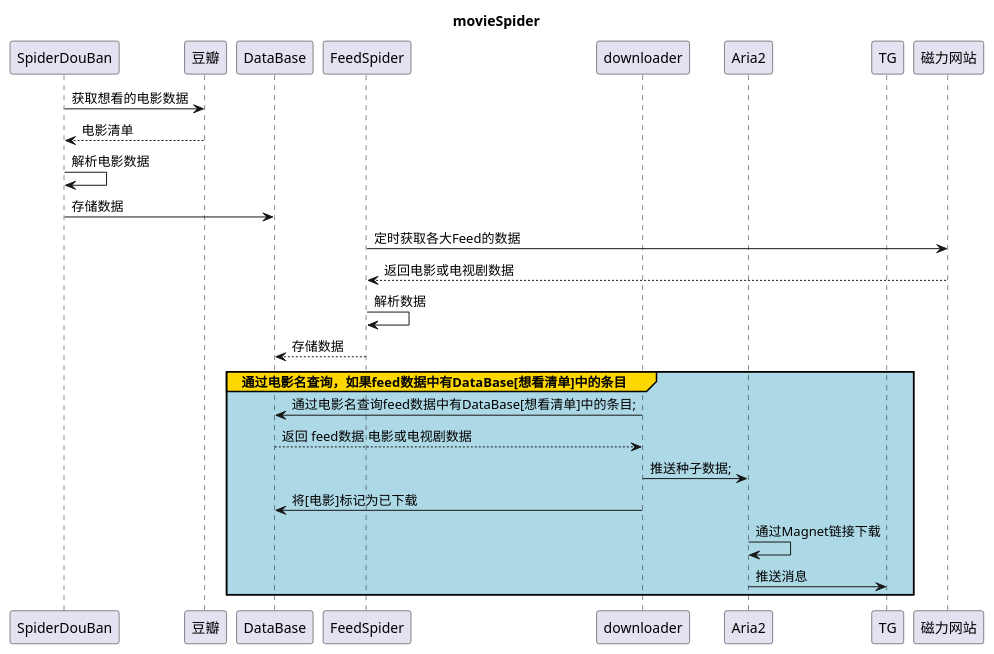
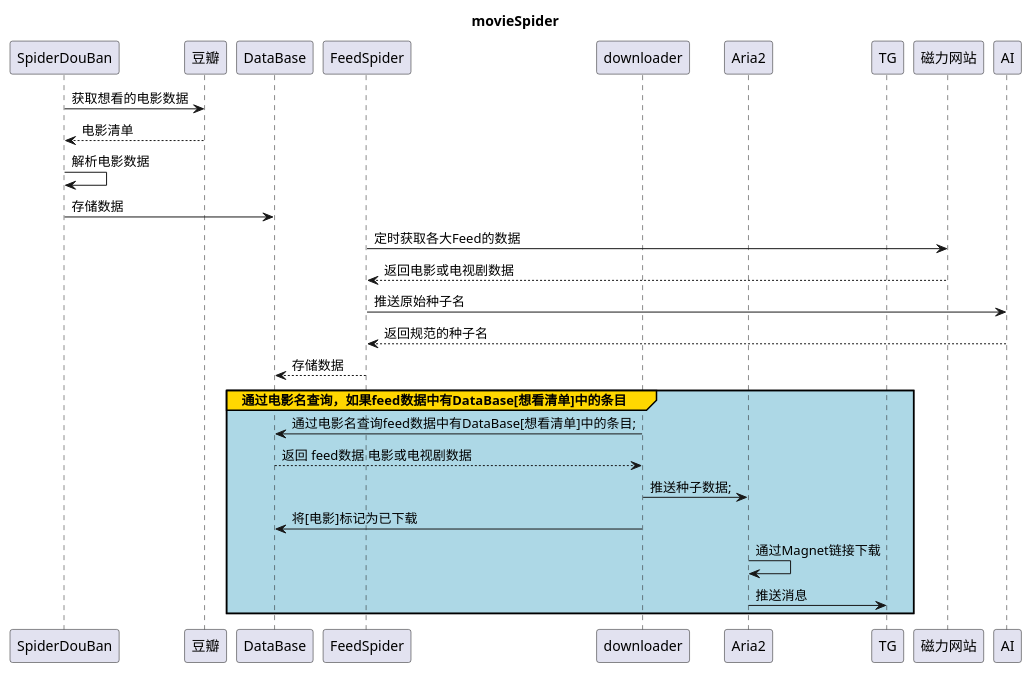
Before and after one commit to YouCD/movieSpider: the diagram in doc/时序图.puml, drawn with PlantUML. The commit also changed 5 other files, not shown here.

```diff
--- a/doc/时序图.puml
+++ b/doc/时序图.puml
@@ -1,37 +1,31 @@
 @startuml
 title movieSpider
 
 participant SpiderDouBan
 participant 豆瓣
 participant DataBase
 
 participant FeedSpider
 participant downloader
 participant Aria2
 participant TG
 
 SpiderDouBan -> 豆瓣: 获取想看的电影数据
 豆瓣 --> SpiderDouBan: 电影清单
 SpiderDouBan -> SpiderDouBan: 解析电影数据
 SpiderDouBan -> DataBase: 存储数据
 
 FeedSpider -> 磁力网站: 定时获取各大Feed的数据
 磁力网站 --> FeedSpider: 返回电影或电视剧数据
-FeedSpider -> FeedSpider: 解析数据
-
+FeedSpider -> AI: 推送原始种子名
+AI --> FeedSpider: 返回规范的种子名
 FeedSpider --> DataBase: 存储数据
 group#Gold #LightBlue 通过电影名查询，如果feed数据中有DataBase[想看清单]中的条目
     downloader -> DataBase: 通过电影名查询feed数据中有DataBase[想看清单]中的条目;
     DataBase-->downloader: 返回 feed数据 电影或电视剧数据
     downloader -> Aria2: 推送种子数据;
     downloader -> DataBase: 将[电影]标记为已下载
     Aria2 -> Aria2: 通过Magnet链接下载
     Aria2 -> TG: 推送消息
 end
-
-
-
-
-
-
 @enduml
```
